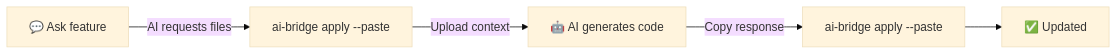
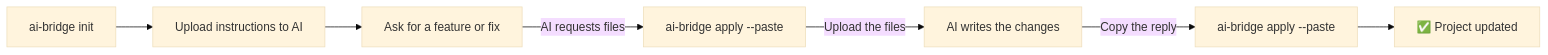
One commit to arpanvgm/ai-bridge changed the diagram in README.md. Above: the diagram before and after it, drawn with Mermaid (base theme). The commit also changed other lines of this file and 1 other file, not shown here.

```diff
--- a/README.md
+++ b/README.md
@@ -190,7 +33,9 @@
 ~~~mermaid
 flowchart LR
-    A["💬 Ask feature"] -->|AI requests files| B["ai-bridge apply --paste"]
-    B -->|Upload context| C["🤖 AI generates code"]
-    C -->|Copy response| D["ai-bridge apply --paste"]
-    D --> E["✅ Updated"]
+    A["ai-bridge init"] --> B["Upload instructions to AI"]
+    B --> C["Ask for a feature or fix"]
+    C -->|"AI requests files"| D["ai-bridge apply --paste"]
+    D -->|"Upload the files"| E["AI writes the changes"]
+    E -->|"Copy the reply"| F["ai-bridge apply --paste"]
+    F --> G["✅ Project updated"]
 ~~~
```
